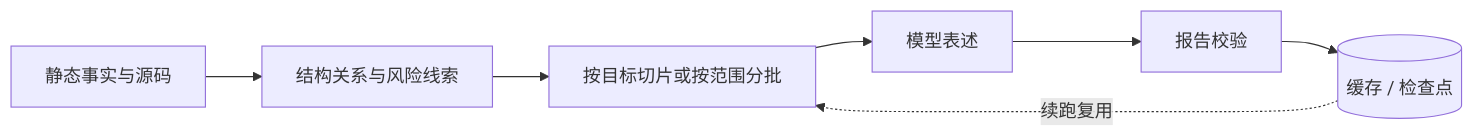
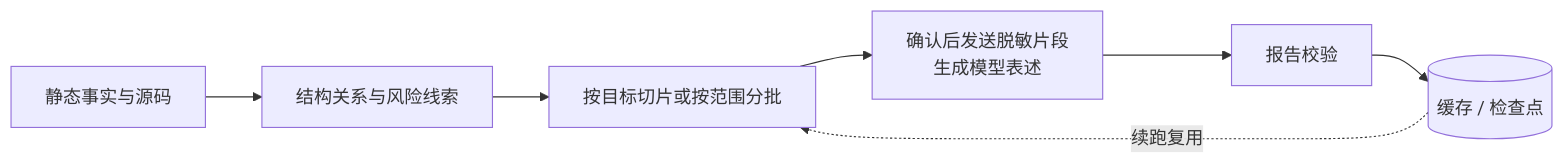
The third of 4 diagrams in docs/slides/slides.md (88483751/CodeLens), drawn with Mermaid before and after one commit. The commit also changed other lines of this file, not shown here.

````diff
--- a/docs/slides/slides.md
+++ b/docs/slides/slides.md
@@ -247,9 +251,9 @@
 ```mermaid
 flowchart LR
     IR["静态事实与源码"] --> G["结构关系与风险线索"]
     G --> R["按目标切片或按范围分批"]
-    R --> M["模型表述"]
+    R --> M["确认后发送脱敏片段<br/>生成模型表述"]
     M --> V["报告校验"]
     V --> MEM[("缓存 / 检查点")]
     MEM -.续跑复用.-> R
 ```
````
